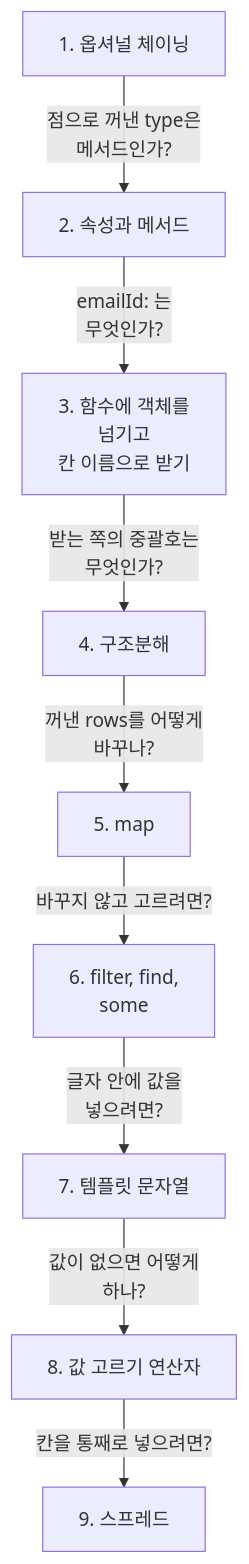
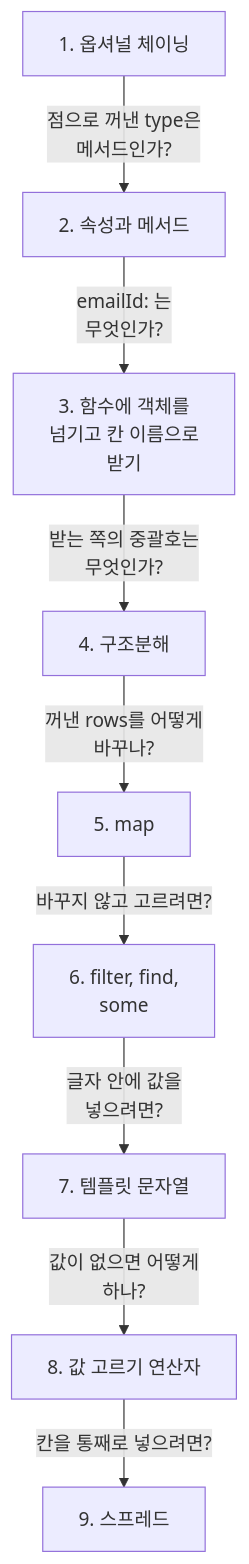
One commit to ChildrenAon/TIL changed the second of 2 diagrams in 2026/November/11-07.md. Above: the diagram before and after it, drawn with Mermaid.

Commit message:
til: 11-07 도식 라벨 한 줄을 다시 나눈다

````diff
--- a/2026/November/11-07.md
+++ b/2026/November/11-07.md
@@ -132,11 +132,11 @@
 ```mermaid
 flowchart TD
   A["1. 옵셔널 체이닝"] -->|"점으로 꺼낸 type은<br/>메서드인가?"| B["2. 속성과 메서드"]
-  B -->|"emailId: 는<br/>무엇인가?"| C["3. 함수에 객체를<br/>넘기고<br/>칸 이름으로 받기"]
+  B -->|"emailId: 는<br/>무엇인가?"| C["3. 함수에 객체를<br/>넘기고 칸 이름으로<br/>받기"]
   C -->|"받는 쪽의 중괄호는<br/>무엇인가?"| D["4. 구조분해"]
   D -->|"꺼낸 rows를 어떻게<br/>바꾸나?"| E["5. map"]
   E -->|"바꾸지 않고 고르려면?"| F["6. filter, find,<br/>some"]
   F -->|"글자 안에 값을<br/>넣으려면?"| G["7. 템플릿 문자열"]
   G -->|"값이 없으면 어떻게<br/>하나?"| H["8. 값 고르기 연산자"]
   H -->|"칸을 통째로 넣으려면?"| I["9. 스프레드"]
 ```
````
